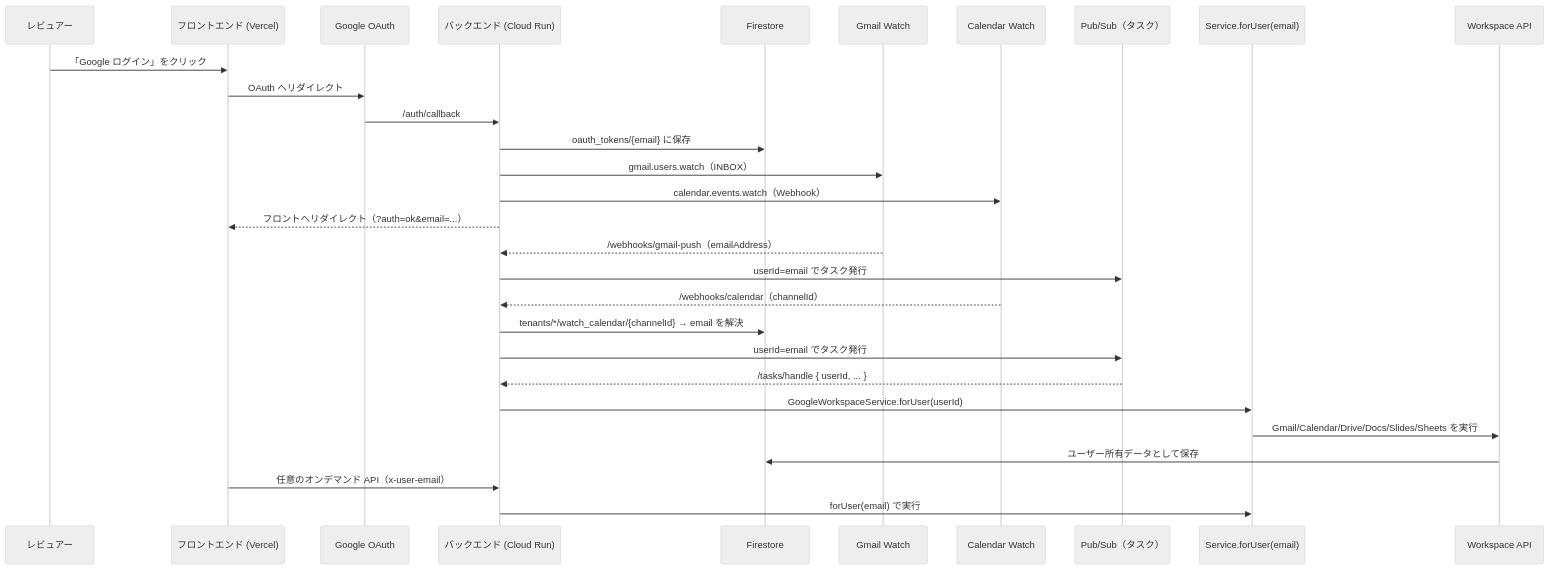
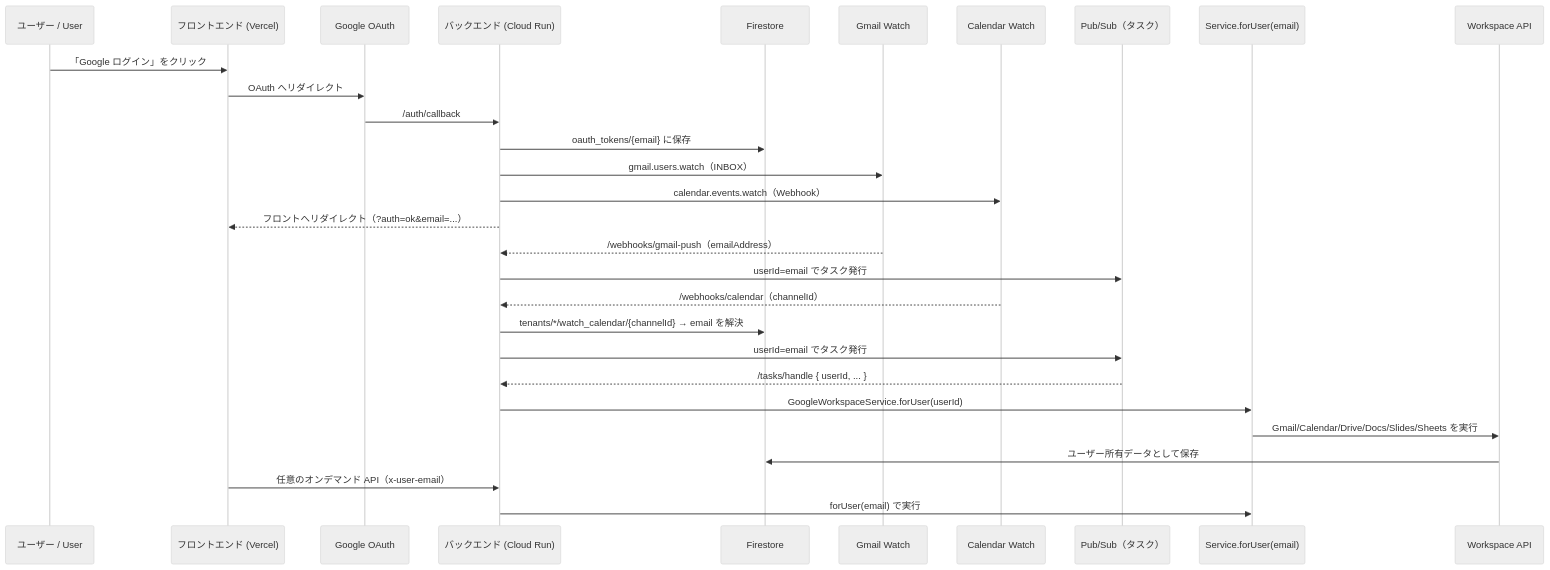
One commit to WHXisWH/SmartMeeting-Agent changed the second of 3 diagrams in README.md. Above: the diagram before and after it, drawn with Mermaid (neutral theme). The commit also changed other lines of this file, not shown here.

````diff
--- a/README.md
+++ b/README.md
@@ -50,35 +50,35 @@
 ```mermaid
 sequenceDiagram
-  participant U as レビュアー
+  participant U as ユーザー / User
   participant FE as フロントエンド (Vercel)
   participant OA as Google OAuth
   participant BE as バックエンド (Cloud Run)
   participant FS as Firestore
   participant GM as Gmail Watch
   participant CAL as Calendar Watch
   participant PS as Pub/Sub（タスク）
   participant S as Service.forUser(email)
   participant WS as Workspace API
 
   U->>FE: 「Google ログイン」をクリック
   FE->>OA: OAuth へリダイレクト
   OA->>BE: /auth/callback
   BE->>FS: oauth_tokens/{email} に保存
   BE->>GM: gmail.users.watch（INBOX）
   BE->>CAL: calendar.events.watch（Webhook）
   BE-->>FE: フロントへリダイレクト（?auth=ok&email=...）
 
   GM-->>BE: /webhooks/gmail-push（emailAddress）
   BE->>PS: userId=email でタスク発行
   CAL-->>BE: /webhooks/calendar（channelId）
   BE->>FS: tenants/*/watch_calendar/{channelId} → email を解決
   BE->>PS: userId=email でタスク発行
 
   PS-->>BE: /tasks/handle { userId, ... }
   BE->>S: GoogleWorkspaceService.forUser(userId)
   S->>WS: Gmail/Calendar/Drive/Docs/Slides/Sheets を実行
   WS->>FS: ユーザー所有データとして保存
 
   FE->>BE: 任意のオンデマンド API（x-user-email）
   BE->>S: forUser(email) で実行
 ```
````
